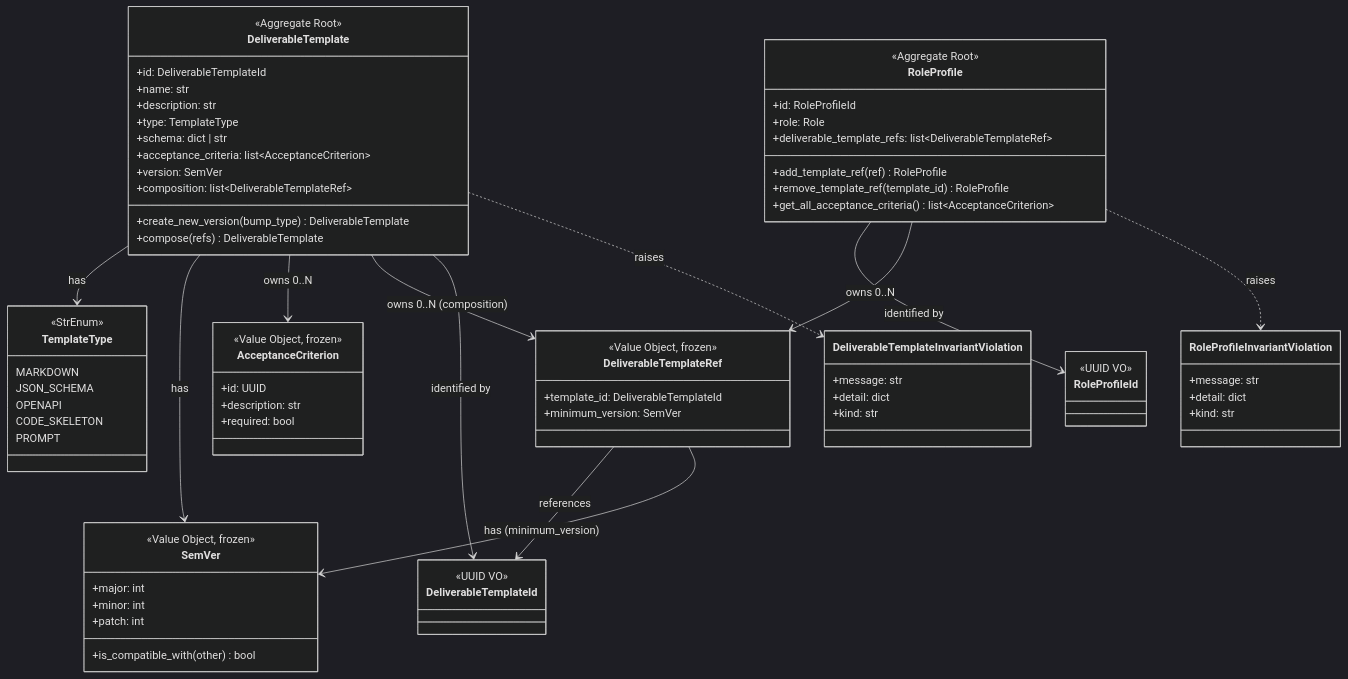
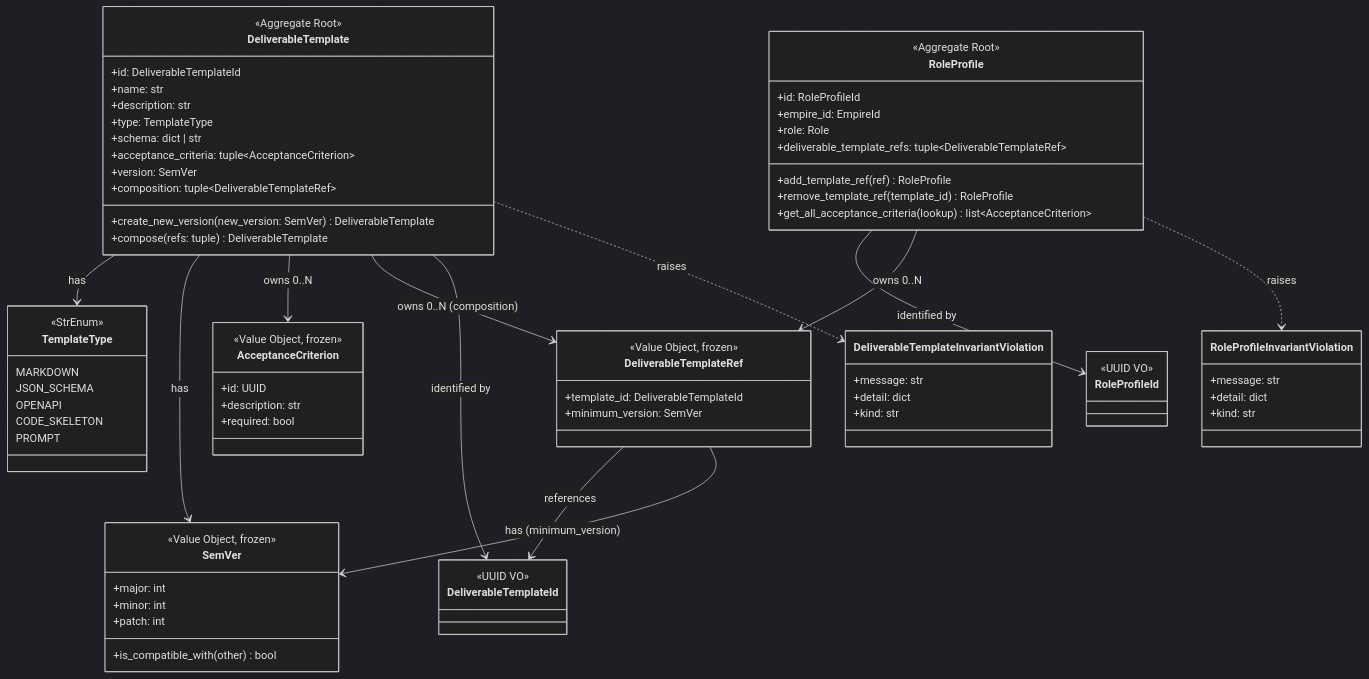
Before and after one commit to bakufu-dev/bakufu: the first of 3 diagrams in docs/features/deliverable-template/domain/basic-design.md, drawn with Mermaid (dark theme). The commit also changed other lines of this file and 3 other files, not shown here.

```diff
--- a/docs/features/deliverable-template/domain/basic-design.md
+++ b/docs/features/deliverable-template/domain/basic-design.md
@@ -82,21 +82,22 @@
         +description: str
         +type: TemplateType
         +schema: dict | str
-        +acceptance_criteria: list~AcceptanceCriterion~
+        +acceptance_criteria: tuple~AcceptanceCriterion~
         +version: SemVer
-        +composition: list~DeliverableTemplateRef~
-        +create_new_version(bump_type) DeliverableTemplate
-        +compose(refs) DeliverableTemplate
+        +composition: tuple~DeliverableTemplateRef~
+        +create_new_version(new_version: SemVer) DeliverableTemplate
+        +compose(refs: tuple) DeliverableTemplate
     }
 
     class RoleProfile {
         <<Aggregate Root>>
         +id: RoleProfileId
+        +empire_id: EmpireId
         +role: Role
-        +deliverable_template_refs: list~DeliverableTemplateRef~
+        +deliverable_template_refs: tuple~DeliverableTemplateRef~
         +add_template_ref(ref) RoleProfile
         +remove_template_ref(template_id) RoleProfile
-        +get_all_acceptance_criteria() list~AcceptanceCriterion~
+        +get_all_acceptance_criteria(lookup) list~AcceptanceCriterion~
     }
 
     class TemplateType {
```
